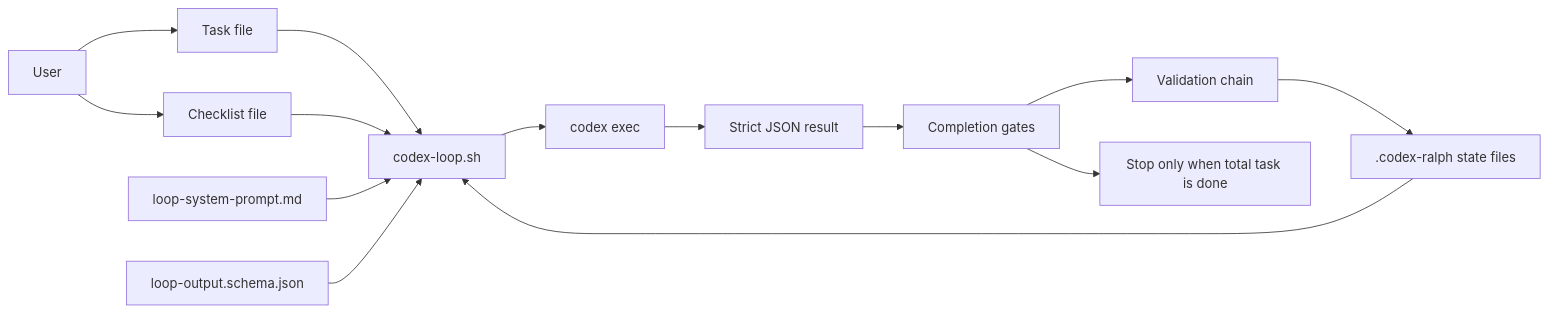
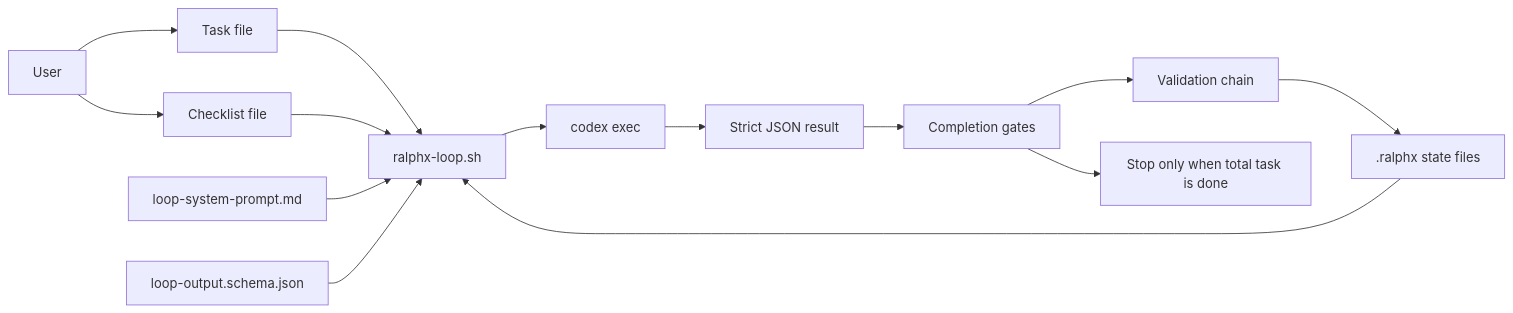
Before and after one commit to ckken/ralphx: the second of 2 diagrams in docs/en/architecture.md, drawn with Mermaid. The commit also changed other lines of this file and 44 other files, not shown here.

````diff
--- a/docs/en/architecture.md
+++ b/docs/en/architecture.md
@@ -41,16 +41,16 @@
 ```mermaid
 flowchart LR
     User[User] --> Task[Task file]
     User --> Checklist[Checklist file]
-    Task --> Loop[codex-loop.sh]
+    Task --> Loop[ralphx-loop.sh]
     Checklist --> Loop
     Prompt[loop-system-prompt.md] --> Loop
     Schema[loop-output.schema.json] --> Loop
     Loop --> Codex[codex exec]
     Codex --> Json[Strict JSON result]
     Json --> Gate[Completion gates]
     Gate --> Validate[Validation chain]
-    Validate --> State[.codex-ralph state files]
+    Validate --> State[.ralphx state files]
     State --> Loop
     Gate --> Stop[Stop only when total task is done]
 ```
````
